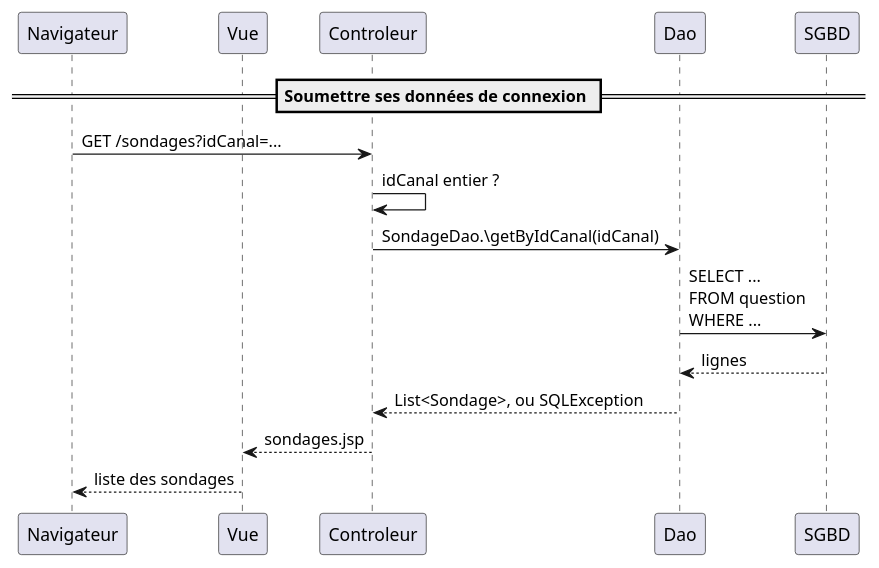
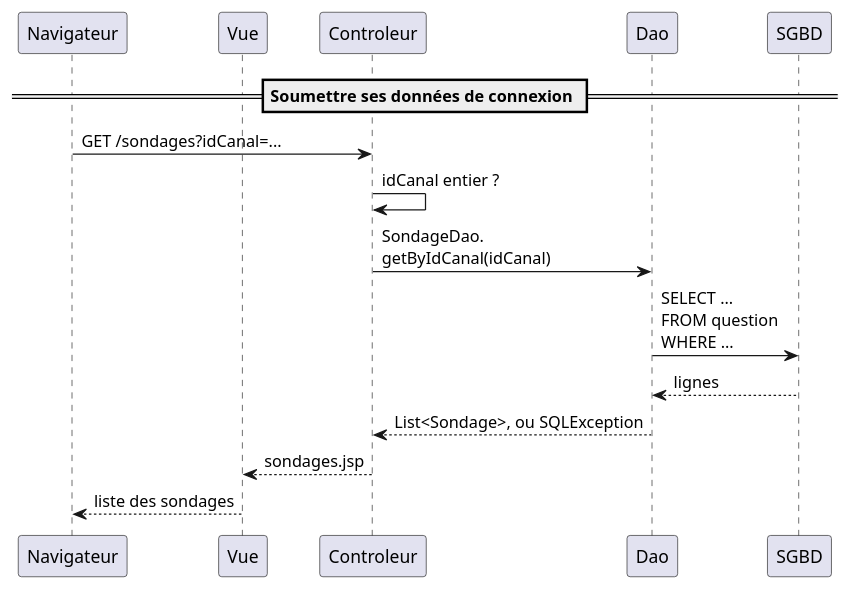
Before and after one commit to michel-plasse/SIOMassy2022: the diagram in src/main/uml/listerSondages.puml, drawn with PlantUML. The commit also changed 3 other files, not shown here.

```diff
--- a/src/main/uml/listerSondages.puml
+++ b/src/main/uml/listerSondages.puml
@@ -1,15 +1,15 @@
 @startuml
 
 participant Navigateur
 participant Vue
 
 == Soumettre ses données de connexion ==
 Navigateur -> Controleur: GET /sondages?idCanal=...
 Controleur -> Controleur: idCanal entier ?
-Controleur -> Dao: SondageDao.\getByIdCanal(idCanal)
+Controleur -> Dao: SondageDao.\ngetByIdCanal(idCanal)
 Dao -> SGBD: SELECT ...\nFROM question\nWHERE ...
 SGBD --> Dao: lignes
 Dao --> Controleur: List<Sondage>, ou SQLException
 Controleur --> Vue: sondages.jsp
 Vue --> Navigateur: liste des sondages
 @enduml
```
